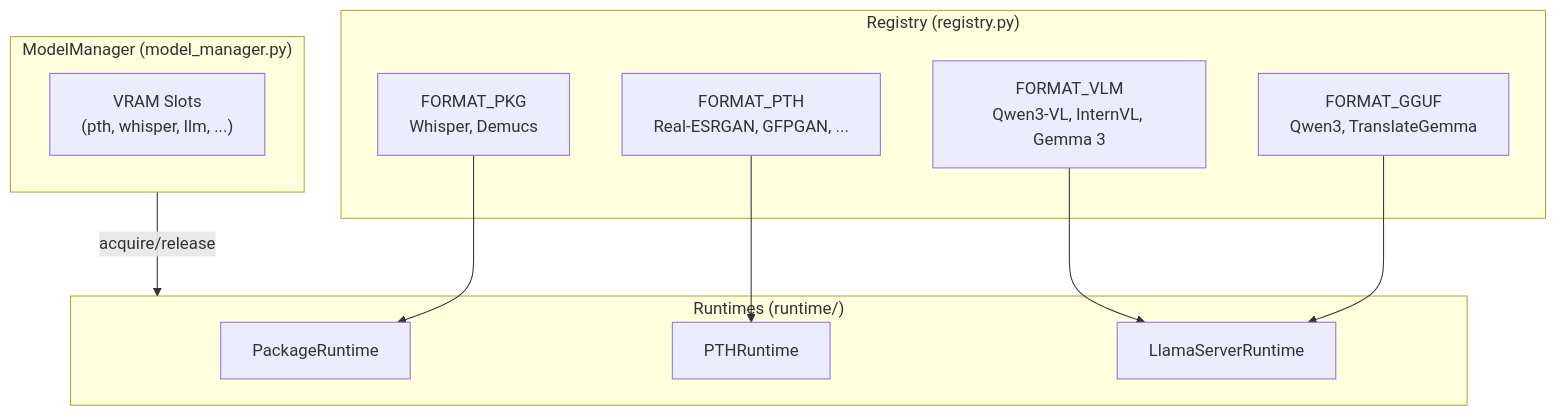
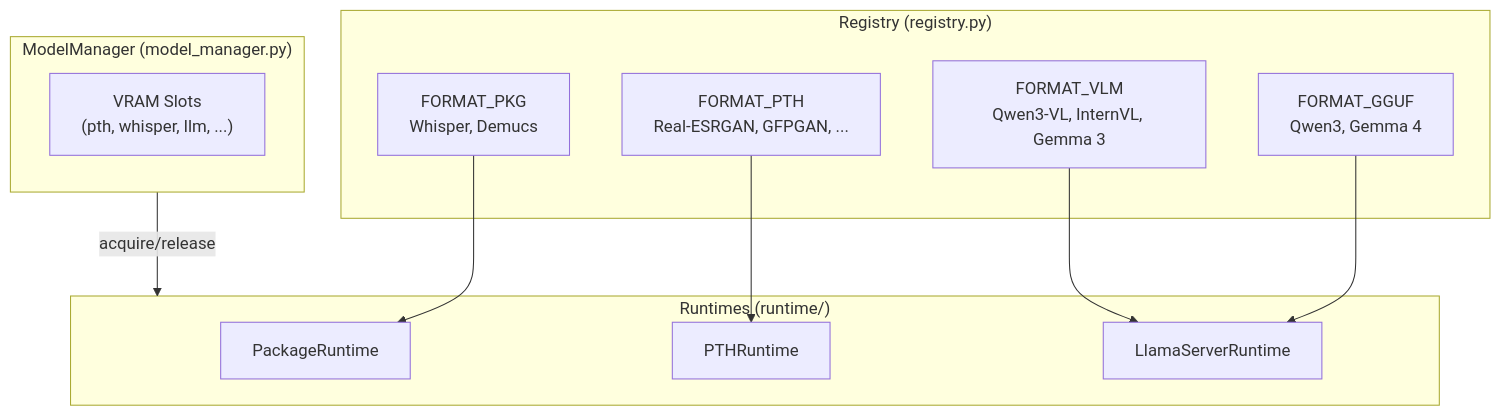
Before and after one commit to sw-willie-wu/MediaTranX: the third of 5 diagrams in docs/ARCHITECTURE.md, drawn with Mermaid. The commit also changed other lines of this file and 3 other files, not shown here.

Commit message:
docs: update architecture, develop spec, and README for inference parameterization

````diff
--- a/docs/ARCHITECTURE.md
+++ b/docs/ARCHITECTURE.md
@@ -109,25 +110,25 @@
 ```mermaid
 graph TB
     subgraph Registry["Registry (registry.py)"]
         FORMAT_PKG["FORMAT_PKG<br/>Whisper, Demucs"]
-        FORMAT_GGUF["FORMAT_GGUF<br/>Qwen3, TranslateGemma"]
+        FORMAT_GGUF["FORMAT_GGUF<br/>Qwen3, Gemma 4"]
         FORMAT_PTH["FORMAT_PTH<br/>Real-ESRGAN, GFPGAN, ..."]
         FORMAT_VLM["FORMAT_VLM<br/>Qwen3-VL, InternVL, Gemma 3"]
     end
 
     subgraph Manager["ModelManager (model_manager.py)"]
         Slots["VRAM Slots<br/>(pth, whisper, llm, ...)"]
     end
 
     subgraph Runtimes["Runtimes (runtime/)"]
         PKG["PackageRuntime"]
         PTH["PTHRuntime"]
         LLAMA["LlamaServerRuntime"]
     end
 
     FORMAT_PKG --> PKG
     FORMAT_PTH --> PTH
     FORMAT_GGUF --> LLAMA
     FORMAT_VLM --> LLAMA
     Manager -->|"acquire/release"| Runtimes
 ```
````
